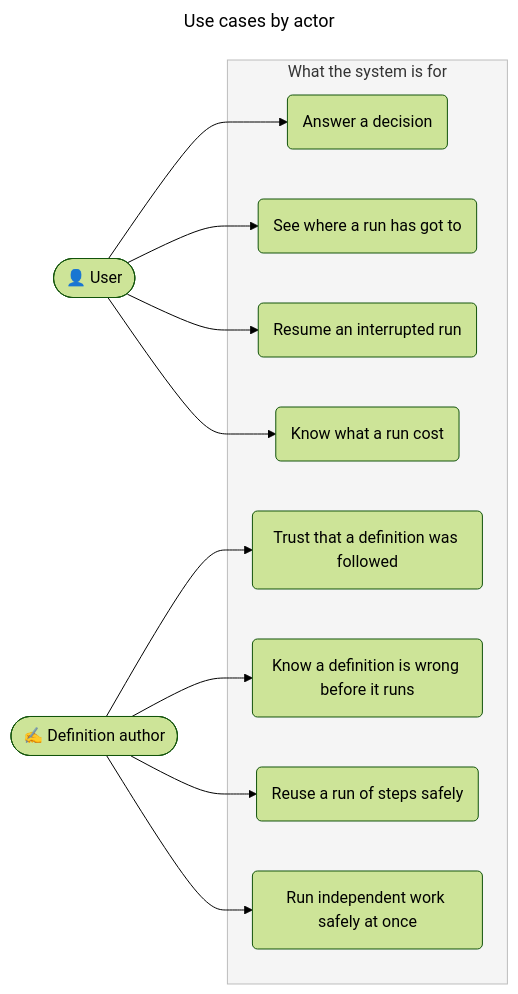
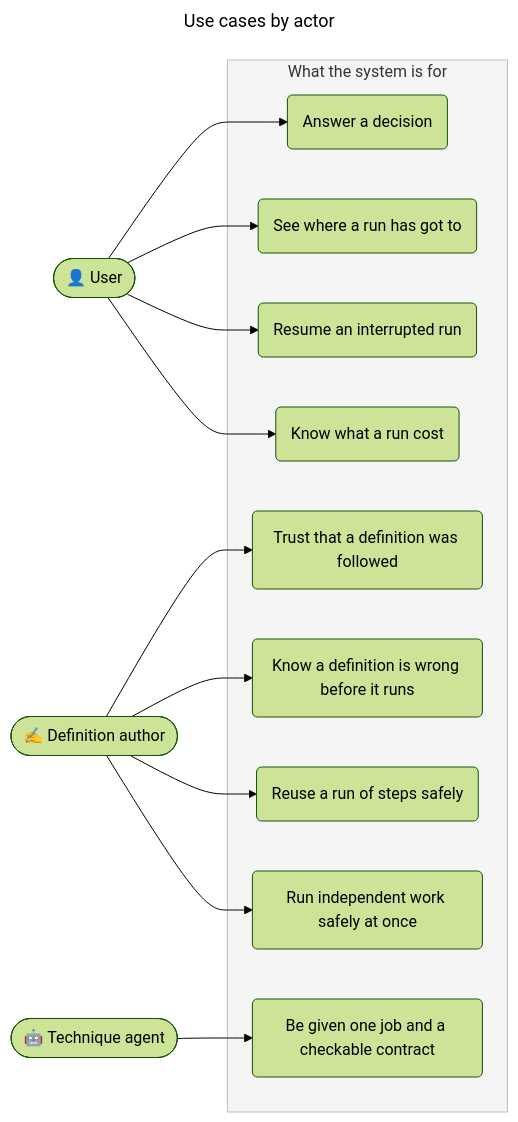
One commit to m2ux/workflow-server changed the second of 14 diagrams in artifacts/planning/2026-08-28-runner-execution-protocol/README.md. Above: the diagram before and after it, drawn with Mermaid (forest theme). The commit also changed other lines of this file, not shown here.

First line of the commit message:
Reconcile the diagrams with the prose they illustrate

````diff
--- a/artifacts/planning/2026-08-28-runner-execution-protocol/README.md
+++ b/artifacts/planning/2026-08-28-runner-execution-protocol/README.md
@@ -96,30 +97,33 @@
 ```mermaid
 ---
 title: Use cases by actor
 ---
 flowchart LR
     User([👤 User])
     Author([✍️ Definition author])
+    Agent([🤖 Technique agent])
 
     subgraph Cases [What the system is for]
         UC1(Answer a decision)
         UC2(See where a run has got to)
         UC3(Resume an interrupted run)
         UC4(Know what a run cost)
         UC5(Trust that a definition was followed)
         UC6(Know a definition is wrong before it runs)
         UC7(Reuse a run of steps safely)
         UC8(Run independent work safely at once)
+        UC9(Be given one job and a checkable contract)
     end
 
     User --> UC1
     User --> UC2
     User --> UC3
     User --> UC4
     Author --> UC5
     Author --> UC6
     Author --> UC7
     Author --> UC8
+    Agent --> UC9
 
     style Cases fill:#f5f5f5,stroke:#bdbdbd
 ```
````
